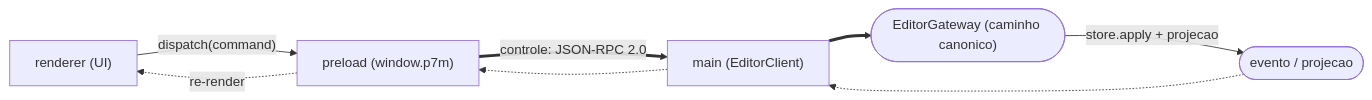
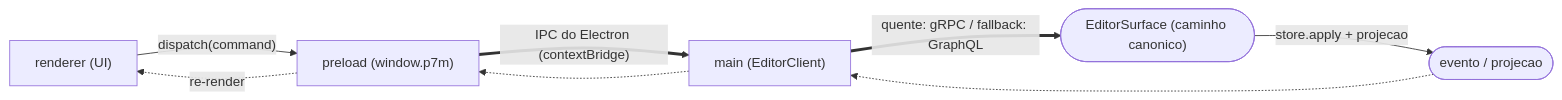
The second of 4 diagrams in frontend/README.md (flaviotinococoutinho/Gridsmith), drawn with Mermaid before and after one commit. The commit also changed other lines of this file and 49 other files, not shown here.

````diff
--- a/frontend/README.md
+++ b/frontend/README.md
@@ -61,10 +75,10 @@
 ```mermaid
 graph LR
   R["renderer (UI)"] -->|"dispatch(command)"| P["preload (window.p7m)"]
-  P == "controle: JSON-RPC 2.0" ==> M["main (EditorClient)"]
-  M ==> GW(["EditorGateway (caminho canonico)"])
+  P == "IPC do Electron (contextBridge)" ==> M["main (EditorClient)"]
+  M == "quente: gRPC / fallback: GraphQL" ==> GW(["EditorSurface (caminho canonico)"])
   GW -->|"store.apply + projecao"| EV(["evento / projecao"])
   EV -.-> M
   M -.-> P
   P -.->|"re-render"| R
 ```
````
